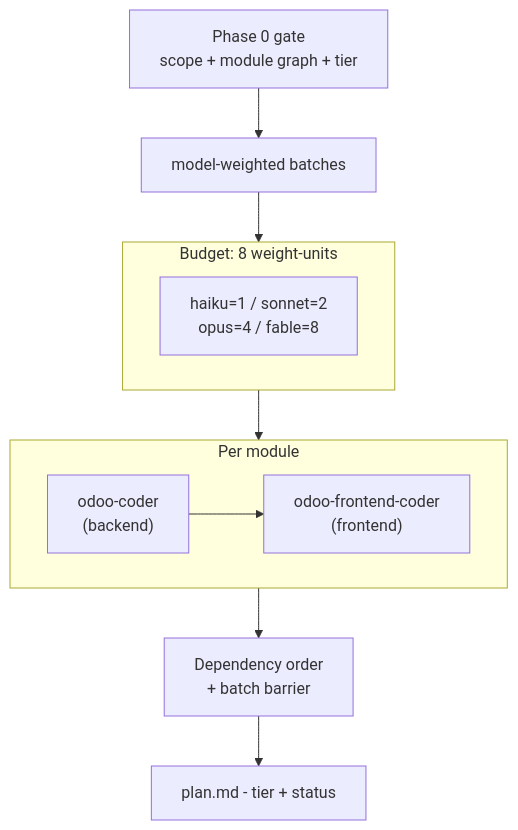
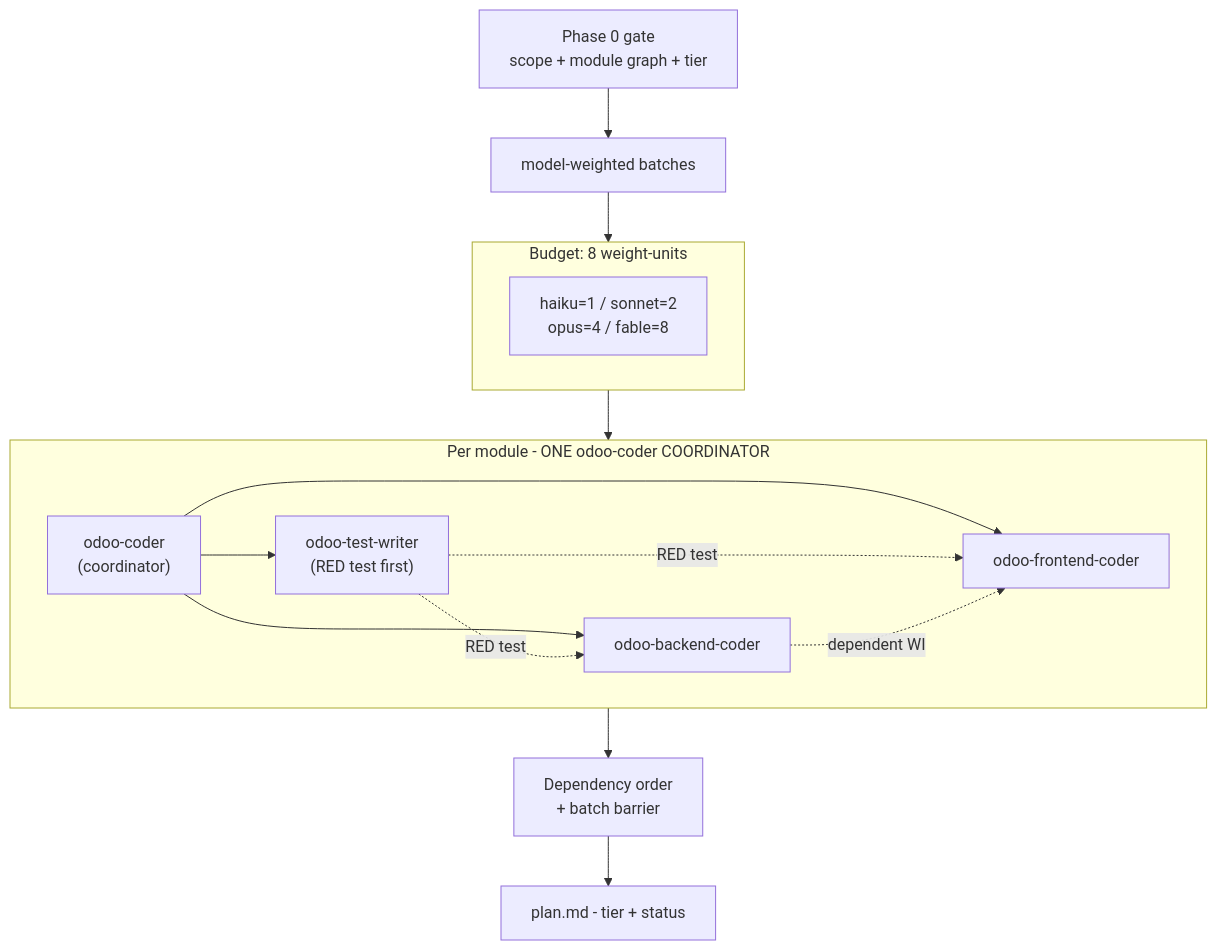
The second of 8 diagrams in plugins/odoo-ai-agents/README.md (Viindoo/odoo-mcp-client), drawn with Mermaid before and after one commit. The commit also changed other lines of this file and 22 other files, not shown here.

First line of the commit message:
chore(release): reconcile docs, mermaid, CHANGELOG, OSM count; regenerate SSOT artifacts; bump 4.9.0

````diff
--- a/plugins/odoo-ai-agents/README.md
+++ b/plugins/odoo-ai-agents/README.md
@@ -234,19 +238,24 @@
 ```mermaid
 flowchart TD
     GATE["Phase 0 gate<br/>scope + module graph + tier"]
     GATE --> BATCH["model-weighted batches"]
 
     subgraph BUDGET["Budget: 8 weight-units"]
         W["haiku=1 / sonnet=2<br/>opus=4 / fable=8"]
     end
 
     BATCH --> BUDGET
 
-    subgraph PERMOD["Per module"]
-        BE["odoo-coder<br/>(backend)"] --> FE["odoo-frontend-coder<br/>(frontend)"]
+    subgraph PERMOD["Per module - ONE odoo-coder COORDINATOR"]
+        COORD["odoo-coder<br/>(coordinator)"] --> TW["odoo-test-writer<br/>(RED test first)"]
+        COORD --> BE["odoo-backend-coder"]
+        COORD --> FE["odoo-frontend-coder"]
+        TW -.->|"RED test"| BE
+        TW -.->|"RED test"| FE
+        BE -.->|"dependent WI"| FE
     end
 
     BUDGET --> PERMOD
     PERMOD --> DEP["Dependency order<br/>+ batch barrier"]
     DEP --> PLAN["plan.md - tier + status"]
 ```
````
